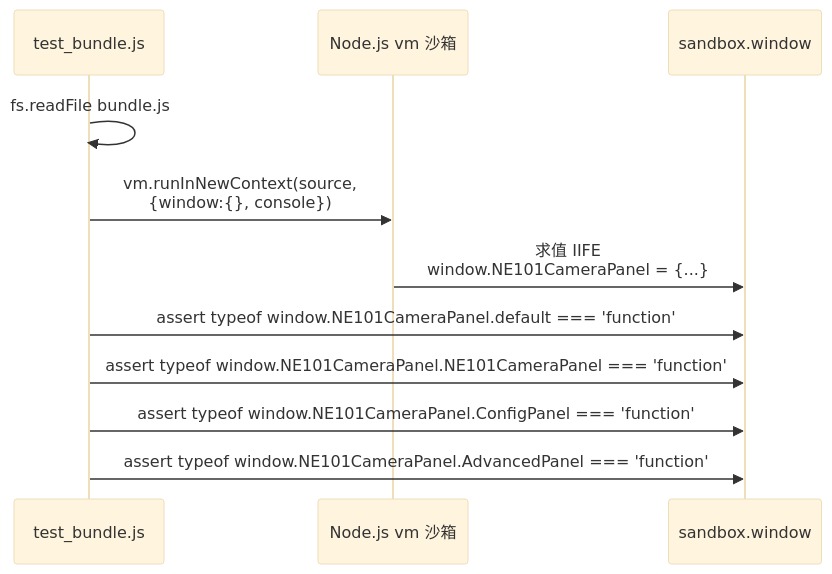
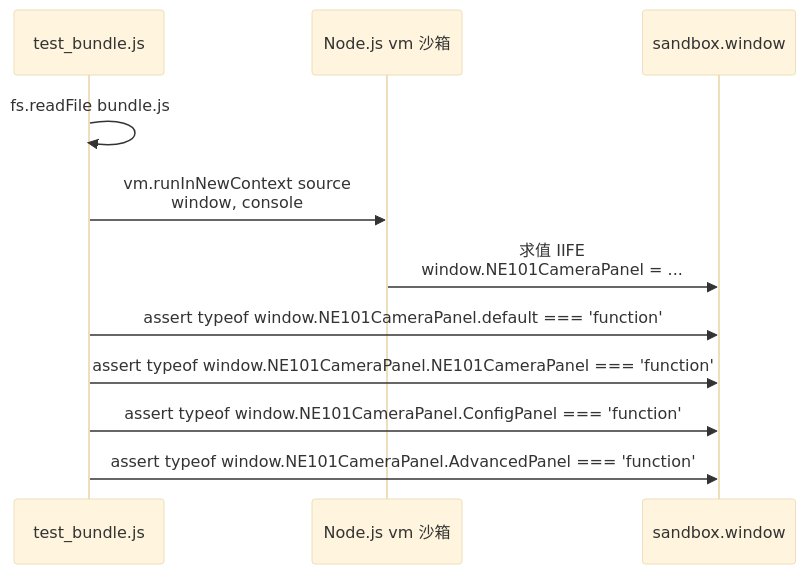
Before and after one commit to luommy/wiki-documents: the second of 6 diagrams in docs/0-neomind/developer-guide/case-studies/7-ne101-camera-component/7-integration-test.md, drawn with Mermaid (base theme). The commit also changed other lines of this file and 32 other files, not shown here.

First line of the commit message:
docs(neomind/case-studies): 修复 Mermaid 解析错误、内联枚举、NE101 虚构指令

````diff
--- a/docs/0-neomind/developer-guide/case-studies/7-ne101-camera-component/7-integration-test.md
+++ b/docs/0-neomind/developer-guide/case-studies/7-ne101-camera-component/7-integration-test.md
@@ -105,13 +105,13 @@
 ```mermaid
 sequenceDiagram
     participant T as test_bundle.js
     participant V as Node.js vm 沙箱
     participant W as sandbox.window
     T->>T: fs.readFile bundle.js
-    T->>V: vm.runInNewContext(source,<br/>{window:{}, console})
-    V->>W: 求值 IIFE<br/>window.NE101CameraPanel = {...}
+    T->>V: vm.runInNewContext source<br/>window, console
+    V->>W: 求值 IIFE<br/>window.NE101CameraPanel = ...
     T->>W: assert typeof window.NE101CameraPanel.default === 'function'
     T->>W: assert typeof window.NE101CameraPanel.NE101CameraPanel === 'function'
     T->>W: assert typeof window.NE101CameraPanel.ConfigPanel === 'function'
     T->>W: assert typeof window.NE101CameraPanel.AdvancedPanel === 'function'
 ```
````
